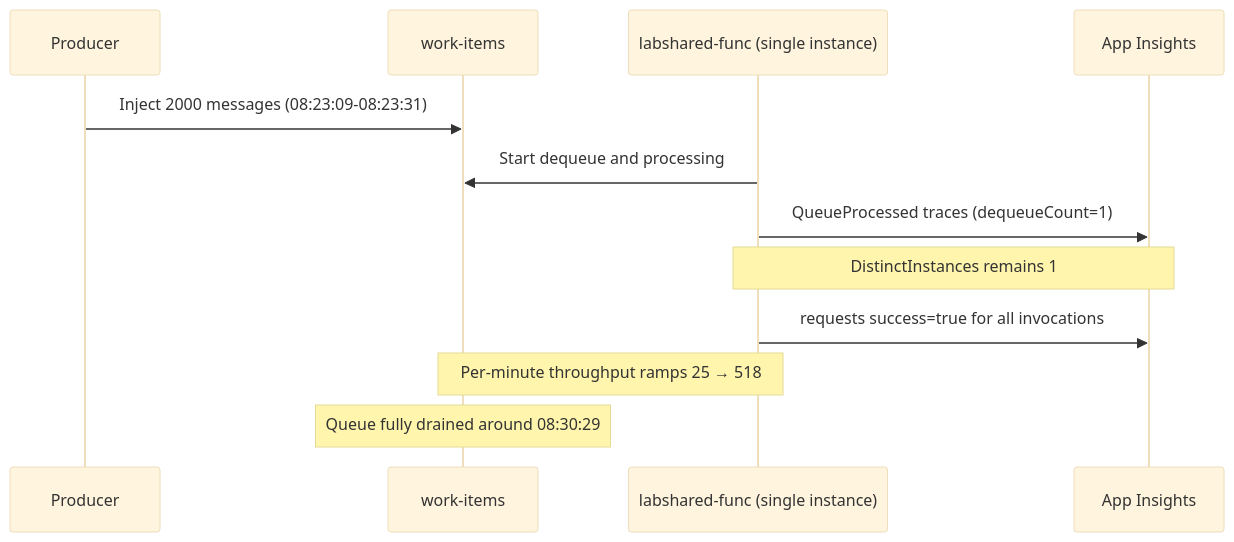
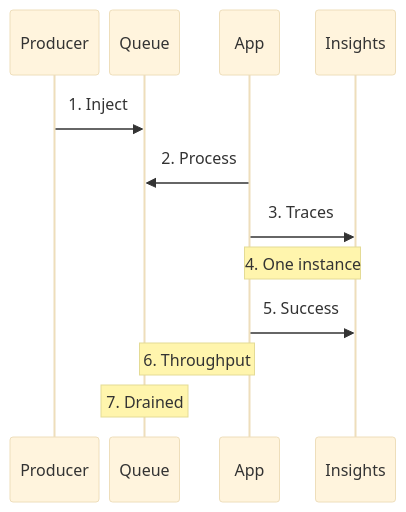
Before and after one commit to yeongseon/azure-functions-practical-guide: the fifth of 5 diagrams in docs/troubleshooting/lab-guides/queue-backlog-scaling.md, drawn with Mermaid (base theme). The commit also changed other lines of this file and 1 other file, not shown here.

First line of the commit message:
docs(diagrams): migrate Functions lab messaging and triggers — queue backlog scaling (#440)

````diff
--- a/docs/troubleshooting/lab-guides/queue-backlog-scaling.md
+++ b/docs/troubleshooting/lab-guides/queue-backlog-scaling.md
@@ -999,15 +1038,18 @@
 ```mermaid
 sequenceDiagram
+    %%{init: {'sequence': {'width': 60, 'actorMargin': 10, 'diagramMarginX': 8, 'noteMargin': 5, 'messageMargin': 20}}}%%
+    accTitle: Historical Y1 burst expected-evidence timeline
+    accDescr: Four roles summarize the historical expected-evidence sequence in its original message and note order. The adjacent key expands all seven numbered entries; the unexecuted Golden retry scenario is separate.
     participant Producer
-    participant Queue as work-items
-    participant Func as labshared-func (single instance)
-    participant AI as App Insights
+    participant Queue
+    participant Func as App
+    participant AI as Insights
 
-    Producer->>Queue: Inject 2000 messages (08:23:09-08:23:31)
-    Func->>Queue: Start dequeue and processing
-    Func->>AI: QueueProcessed traces (dequeueCount=1)
-    Note over Func,AI: DistinctInstances remains 1
-    Func->>AI: requests success=true for all invocations
-    Note over Queue,Func: Per-minute throughput ramps 25 → 518
-    Note over Queue: Queue fully drained around 08:30:29
+    Producer->>Queue: 1. Inject
+    Func->>Queue: 2. Process
+    Func->>AI: 3. Traces
+    Note over Func,AI: 4. One instance
+    Func->>AI: 5. Success
+    Note over Queue,Func: 6. Throughput
+    Note over Queue: 7. Drained
 ```
````
